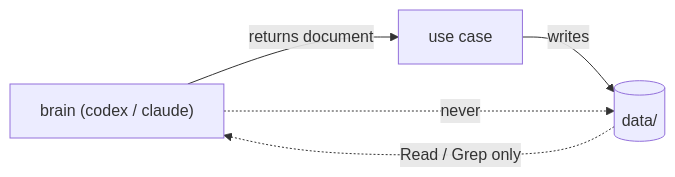
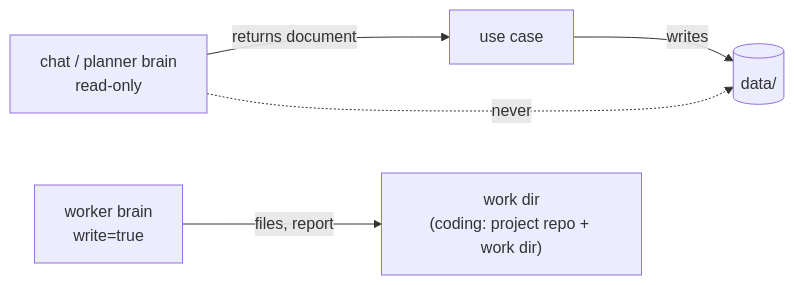
The sixth of 19 diagrams in docs/ARCHITECTURE.md (vovka/mentor-bot), drawn with Mermaid before and after one commit. The commit also changed other lines of this file and 8 other files, not shown here.

````diff
--- a/docs/ARCHITECTURE.md
+++ b/docs/ARCHITECTURE.md
@@ -123,6 +148,6 @@
 ```mermaid
 flowchart LR
-  BRAIN["brain (codex / claude)"] -- "returns document" --> UC[use case] -- "writes" --> FS[(data/)]
+  BRAIN["chat / planner brain<br/>read-only"] -- "returns document" --> UC[use case] -- "writes" --> FS[(data/)]
   BRAIN -. never .-> FS
-  FS -. "Read / Grep only" .-> BRAIN
+  WORKER["worker brain<br/>write=true"] -- "files, report" --> WD["work dir<br/>(coding: project repo + work dir)"]
 ```
````
